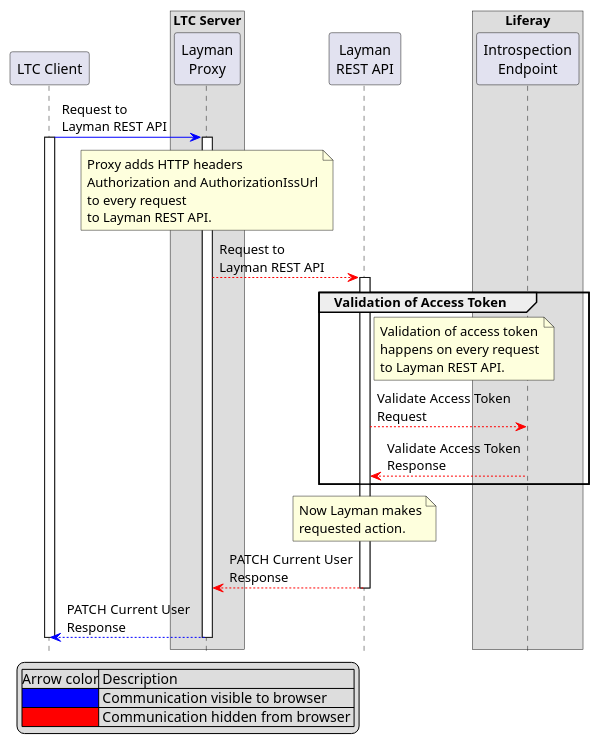
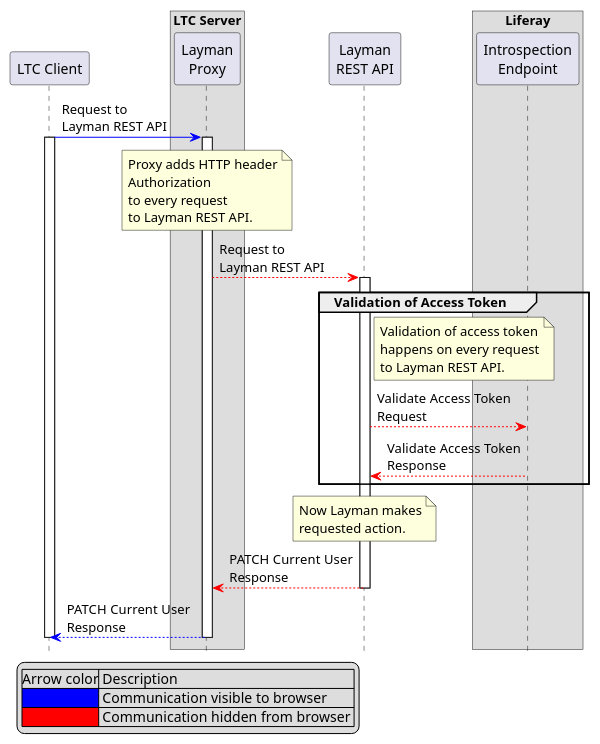
The diagram in doc/oauth2/rest.puml (LayerManager/layman), drawn with PlantUML before and after one commit. The commit also changed 10 other files, not shown here.

Commit message:
Stop using HTTP header AuthorizationIssUrl

```diff
--- a/doc/oauth2/rest.puml
+++ b/doc/oauth2/rest.puml
@@ -1,51 +1,51 @@
 @startuml
 hide footbox
 participant "LTC Client" as ltcc
 
 box "LTC Server"
     participant "Layman\nProxy" as ltcsproxy
 end box
 participant "Layman\nREST API" as layman
 
 box "Liferay"
 	participant "Introspection\nEndpoint" as lris
 end box
 
 
 ltcc [#0000FF]-> ltcsproxy: Request to\nLayman REST API
 activate ltcc
 activate ltcsproxy
 note over ltcsproxy
-    Proxy adds HTTP headers
-    Authorization and AuthorizationIssUrl
+    Proxy adds HTTP header
+    Authorization
     to every request
     to Layman REST API.
 end note
 ltcsproxy [#FF0000]--> layman: Request to\nLayman REST API
 activate layman
 group Validation of Access Token
     note right of layman
         Validation of access token
         happens on every request
         to Layman REST API.
     end note
     layman [#FF0000]--> lris: Validate Access Token\nRequest
     lris [#FF0000]--> layman: Validate Access Token\nResponse
 end
 note over layman
     Now Layman makes
     requested action.
 end note
 layman [#FF0000]--> ltcsproxy: PATCH Current User\nResponse
 deactivate layman
 ltcsproxy [#0000FF]--> ltcc: PATCH Current User\nResponse
 deactivate ltcsproxy
 deactivate ltcc
 
 legend left
     |Arrow color| Description |
     |<#0000FF>| Communication visible to browser |
     |<#FF0000>| Communication hidden from browser |
 endlegend
 
 @enduml
```
